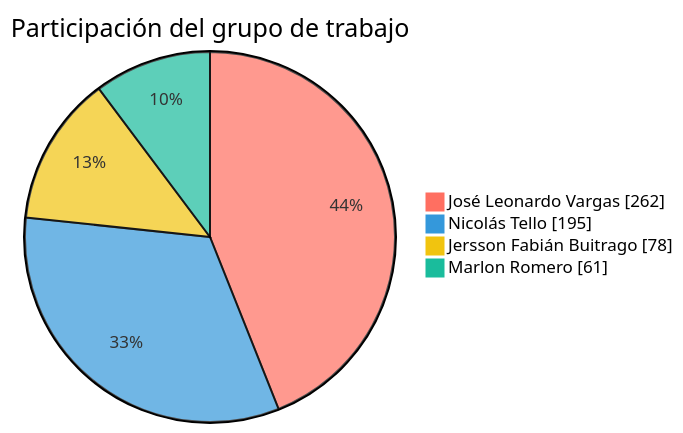
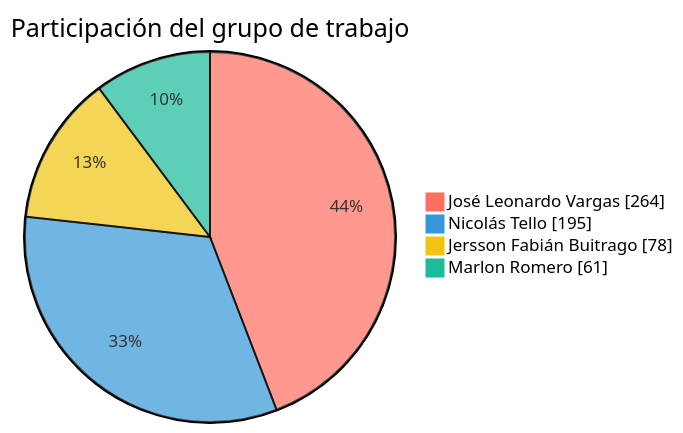
The first of 2 diagrams in README.md (FarmaExpres/FarmaExpres), drawn with Mermaid before and after one commit. The commit also changed other lines of this file and 1 other file, not shown here.

````diff
--- a/README.md
+++ b/README.md
@@ -389,9 +389,9 @@
 ```mermaid
 %%{init: {"themeVariables": {"pie1": "#ff6f61", "pie2": "#3498db", "pie3": "#f1c40f", "pie4": "#1abc9c", "pieLabelColor": "#000000", "pieLabelFontSize": "24px", "pieLabelFontWeight": "700"}}}%%
 pie showData
     title Participación del grupo de trabajo
-    "José Leonardo Vargas" : 262
+    "José Leonardo Vargas" : 264
     "Nicolás Tello" : 195
     "Jersson Fabián Buitrago" : 78
     "Marlon Romero" : 61
 ```
````
